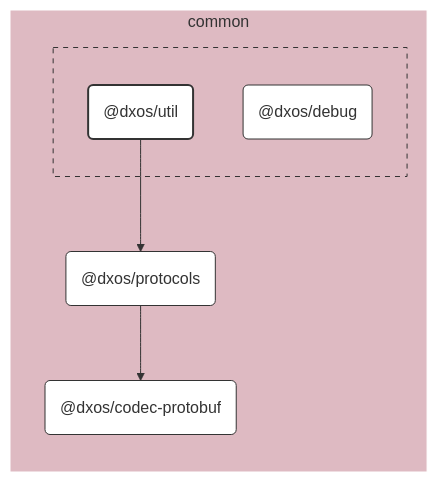
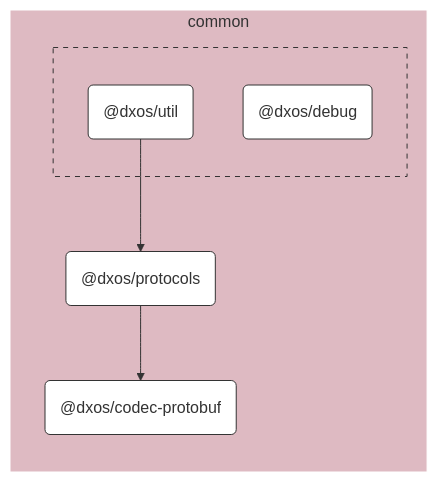
Before and after one commit to dxos/dxos: the diagram in packages/common/util/docs/README.md, drawn with Mermaid. The commit also changed 104 other files, not shown here.

````diff
--- a/packages/common/util/docs/README.md
+++ b/packages/common/util/docs/README.md
@@ -7,41 +7,32 @@
 ```mermaid
 %%{ init: {'flowchart':{'curve':'basis'}} }%%
 
 flowchart LR
 
-%% Links
-dxos/protocols --> dxos/codec-protobuf;
-dxos/util --> dxos/protocols;
+%% Classes
+classDef def fill:#fff,stroke:#333,stroke-width:1px
+classDef root fill:#fff,stroke:#333,stroke-width:4px
 
-%% Sections
-subgraph common
-  style common fill:#debac2,stroke:#fff;
+%% Nodes
 
-  dxos/codec-protobuf("@dxos/codec-protobuf")
-  dxos/protocols("@dxos/protocols")
+subgraph common [common]
+  style common fill:#debac2,stroke:#fff
+  dxos/protocols("@dxos/protocols"):::def
+  click dxos/protocols "dxos/dxos/tree/main/packages/common/protocols/docs"
+  dxos/codec-protobuf("@dxos/codec-protobuf"):::def
+  click dxos/codec-protobuf "dxos/dxos/tree/main/packages/common/codec-protobuf/docs"
 
   subgraph common-excluded [ ]
-    style common-excluded fill:#debac2,stroke:#333,stroke-dasharray:5 5;
-
-    dxos/debug("@dxos/debug")
-    dxos/util("@dxos/util")
+    style common-excluded fill:#debac2,stroke:#333,stroke-dasharray:5 5
+    dxos/util("@dxos/util"):::def
+    click dxos/util "dxos/dxos/tree/main/packages/common/util/docs"
+    dxos/debug("@dxos/debug"):::def
+    click dxos/debug "dxos/dxos/tree/main/packages/common/debug/docs"
   end
 end
 
-
-%% Hyperlinks
-click dxos/codec-protobuf "dxos/dxos/tree/main/packages/common/codec-protobuf/docs";
-click dxos/debug "dxos/dxos/tree/main/packages/common/debug/docs";
-click dxos/protocols "dxos/dxos/tree/main/packages/common/protocols/docs";
-
-%% Styles
-classDef rootNode fill:#fff,stroke:#333,stroke-width:2px
-classDef defaultNode fill:#fff,stroke:#333,stroke-width:1px
+%% Links
 linkStyle default stroke:#333,stroke-width:1px
-
-dxos/util:::rootNode
-
-dxos/codec-protobuf:::defaultNode
-dxos/debug:::defaultNode
-dxos/protocols:::defaultNode
+dxos/util --> dxos/protocols
+dxos/protocols --> dxos/codec-protobuf
 ```
````
